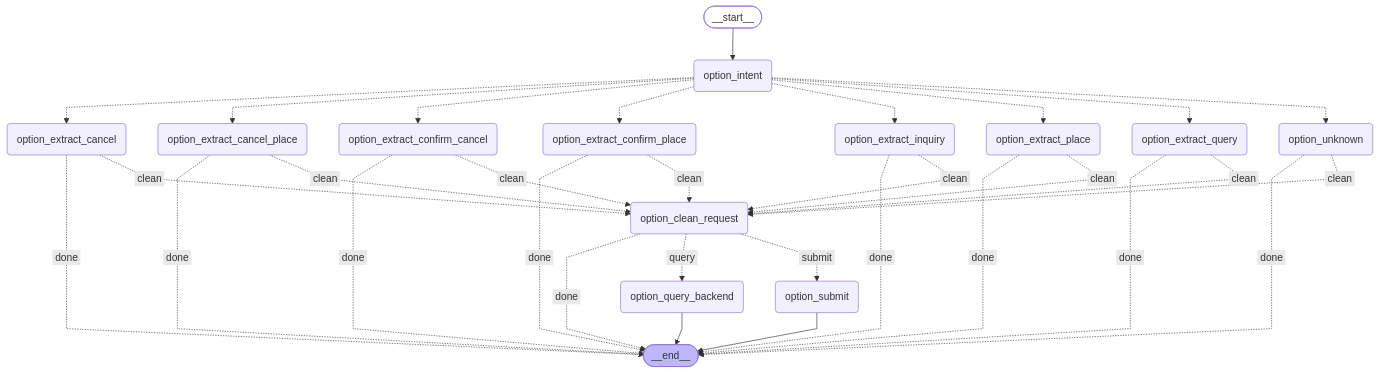
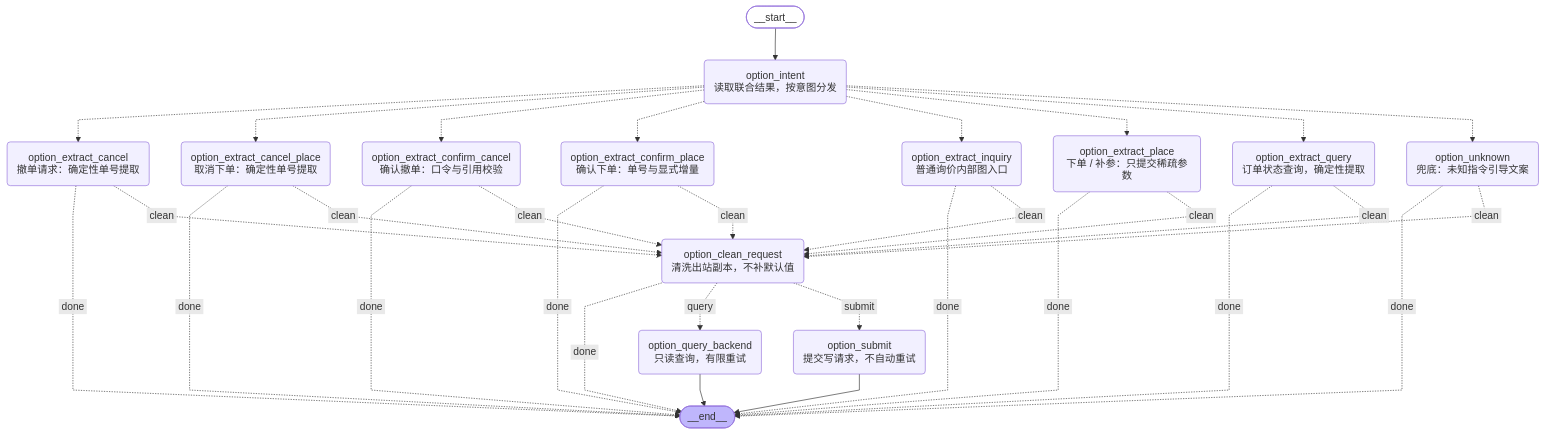
The diagram in docs/architecture/option-graph-flow.md (HXLoong/aigc-langgraph-main), drawn with Mermaid before and after one commit. The commit also changed 17 other files, not shown here.

````diff
--- a/docs/architecture/option-graph-flow.md
+++ b/docs/architecture/option-graph-flow.md
@@ -7,55 +7,55 @@
 ```mermaid
 ---
 config:
   flowchart:
     curve: linear
 ---
 graph TD;
 	__start__([<p>__start__</p>]):::first
-	option_intent(option_intent)
-	option_extract_inquiry(option_extract_inquiry)
-	option_extract_place(option_extract_place)
-	option_extract_confirm_place(option_extract_confirm_place)
-	option_extract_cancel_place(option_extract_cancel_place)
-	option_extract_cancel(option_extract_cancel)
-	option_extract_confirm_cancel(option_extract_confirm_cancel)
-	option_extract_query(option_extract_query)
-	option_unknown(option_unknown)
-	option_clean_request(option_clean_request)
-	option_submit(option_submit)
-	option_query_backend(option_query_backend)
+	option_intent(option_intent<br/>读取联合结果，按意图分发)
+	option_extract_inquiry(option_extract_inquiry<br/>普通询价内部图入口)
+	option_extract_place(option_extract_place<br/>下单 / 补参：只提交稀疏参数)
+	option_extract_confirm_place(option_extract_confirm_place<br/>确认下单：单号与显式增量)
+	option_extract_cancel_place(option_extract_cancel_place<br/>取消下单：确定性单号提取)
+	option_extract_cancel(option_extract_cancel<br/>撤单请求：确定性单号提取)
+	option_extract_confirm_cancel(option_extract_confirm_cancel<br/>确认撤单：口令与引用校验)
+	option_extract_query(option_extract_query<br/>订单状态查询，确定性提取)
+	option_unknown(option_unknown<br/>兜底：未知指令引导文案)
+	option_clean_request(option_clean_request<br/>清洗出站副本，不补默认值)
+	option_submit(option_submit<br/>提交写请求，不自动重试)
+	option_query_backend(option_query_backend<br/>只读查询，有限重试)
 	__end__([<p>__end__</p>]):::last
 	__start__ --> option_intent;
 	option_clean_request -. &nbsp;done&nbsp; .-> __end__;
 	option_clean_request -. &nbsp;query&nbsp; .-> option_query_backend;
 	option_clean_request -. &nbsp;submit&nbsp; .-> option_submit;
 	option_extract_cancel -. &nbsp;done&nbsp; .-> __end__;
 	option_extract_cancel -. &nbsp;clean&nbsp; .-> option_clean_request;
 	option_extract_cancel_place -. &nbsp;done&nbsp; .-> __end__;
 	option_extract_cancel_place -. &nbsp;clean&nbsp; .-> option_clean_request;
 	option_extract_confirm_cancel -. &nbsp;done&nbsp; .-> __end__;
 	option_extract_confirm_cancel -. &nbsp;clean&nbsp; .-> option_clean_request;
 	option_extract_confirm_place -. &nbsp;done&nbsp; .-> __end__;
 	option_extract_confirm_place -. &nbsp;clean&nbsp; .-> option_clean_request;
 	option_extract_inquiry -. &nbsp;done&nbsp; .-> __end__;
 	option_extract_inquiry -. &nbsp;clean&nbsp; .-> option_clean_request;
 	option_extract_place -. &nbsp;done&nbsp; .-> __end__;
 	option_extract_place -. &nbsp;clean&nbsp; .-> option_clean_request;
 	option_extract_query -. &nbsp;done&nbsp; .-> __end__;
 	option_extract_query -. &nbsp;clean&nbsp; .-> option_clean_request;
 	option_intent -.-> option_extract_cancel;
 	option_intent -.-> option_extract_cancel_place;
 	option_intent -.-> option_extract_confirm_cancel;
 	option_intent -.-> option_extract_confirm_place;
 	option_intent -.-> option_extract_inquiry;
 	option_intent -.-> option_extract_place;
 	option_intent -.-> option_extract_query;
 	option_intent -.-> option_unknown;
 	option_unknown -. &nbsp;done&nbsp; .-> __end__;
 	option_unknown -. &nbsp;clean&nbsp; .-> option_clean_request;
 	option_query_backend --> __end__;
 	option_submit --> __end__;
 	classDef default fill:#f2f0ff,line-height:1.2
 	classDef first fill-opacity:0
 	classDef last fill:#bfb6fc
 ```
````
